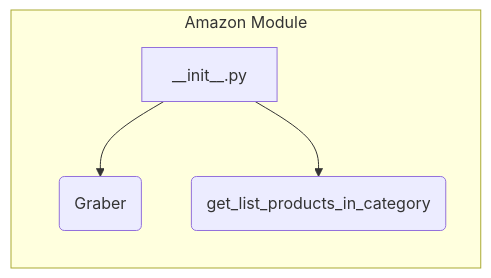
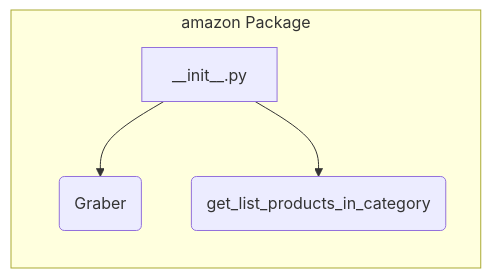
The second of 2 diagrams in docs/gemini/ru/explainer/src/suppliers/amazon/__init__.md (hypo69/hypo), drawn with Mermaid before and after one commit. The commit also changed other lines of this file and 468 other files, not shown here.

````diff
--- a/docs/gemini/ru/explainer/src/suppliers/amazon/__init__.md
+++ b/docs/gemini/ru/explainer/src/suppliers/amazon/__init__.md
@@ -38,7 +37,7 @@
 ```mermaid
 graph LR
-    subgraph Amazon Module
+    subgraph "amazon Package"
         A[__init__.py] --> B(Graber);
         A --> C(get_list_products_in_category);
     end
 ```
````
